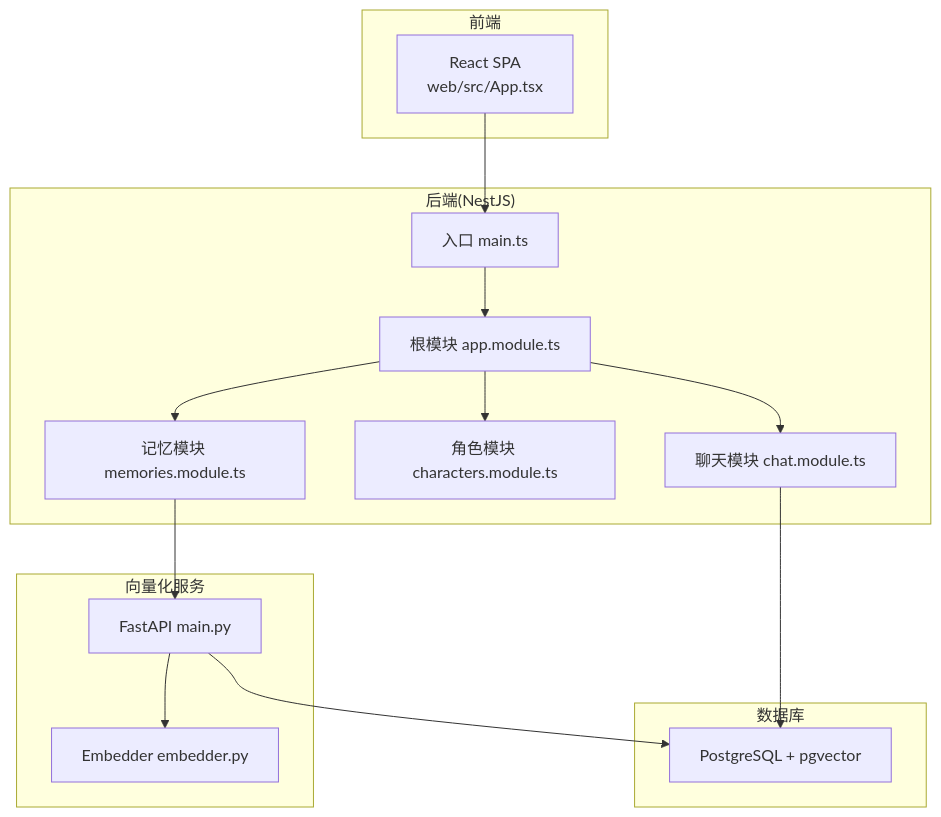
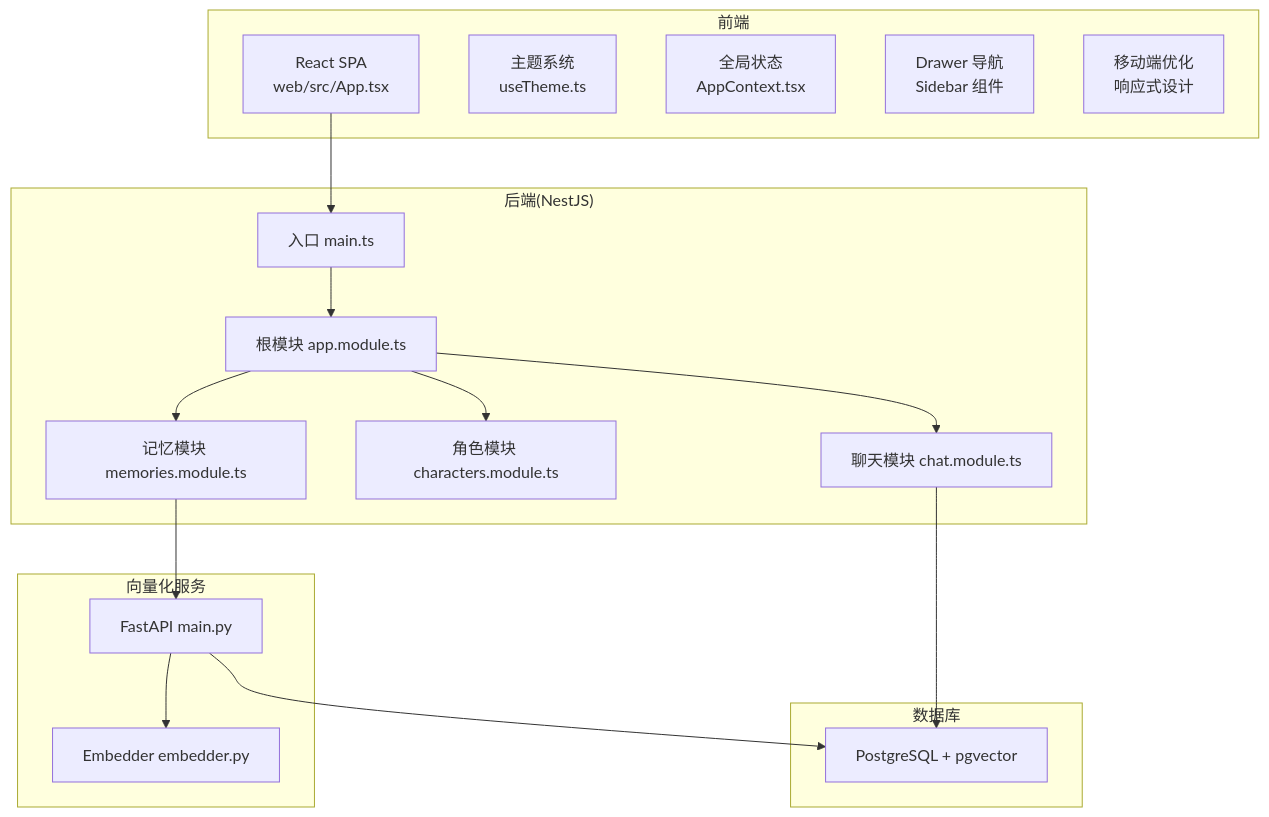
The first of 8 diagrams in .qoder/repowiki/zh/content/项目概述/学习笔记.md (L1mingyoung/ex), drawn with Mermaid before and after one commit. The commit also changed other lines of this file and 21 other files, not shown here.

````diff
--- a/.qoder/repowiki/zh/content/项目概述/学习笔记.md
+++ b/.qoder/repowiki/zh/content/项目概述/学习笔记.md
@@ -49,29 +64,33 @@
 ```mermaid
 graph TB
 subgraph "前端"
 WEB["React SPA<br/>web/src/App.tsx"]
+THEME["主题系统<br/>useTheme.ts"]
+CONTEXT["全局状态<br/>AppContext.tsx"]
+DRAWER["Drawer 导航<br/>Sidebar 组件"]
+MOBILE["移动端优化<br/>响应式设计"]
 end
 subgraph "后端(NestJS)"
 MAIN_TS["入口 main.ts"]
 APP_MODULE["根模块 app.module.ts"]
 CHAT_MOD["聊天模块 chat.module.ts"]
 CHAR_MOD["角色模块 characters.module.ts"]
 MEM_MOD["记忆模块 memories.module.ts"]
 end
 subgraph "数据库"
 PG["PostgreSQL + pgvector"]
 end
 subgraph "向量化服务"
 PY_MAIN["FastAPI main.py"]
 PY_EMB["Embedder embedder.py"]
 end
 WEB --> MAIN_TS
 MAIN_TS --> APP_MODULE
 APP_MODULE --> CHAT_MOD
 APP_MODULE --> CHAR_MOD
 APP_MODULE --> MEM_MOD
 CHAT_MOD --> PG
 MEM_MOD --> PY_MAIN
 PY_MAIN --> PY_EMB
 PY_MAIN --> PG
 ```
````
